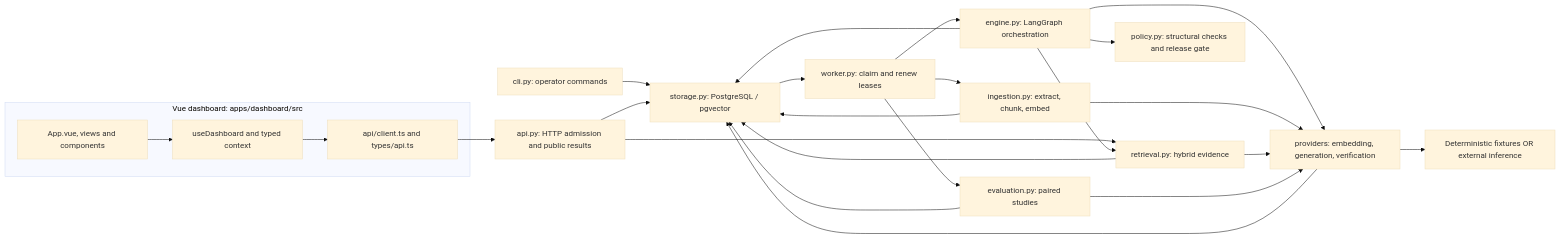
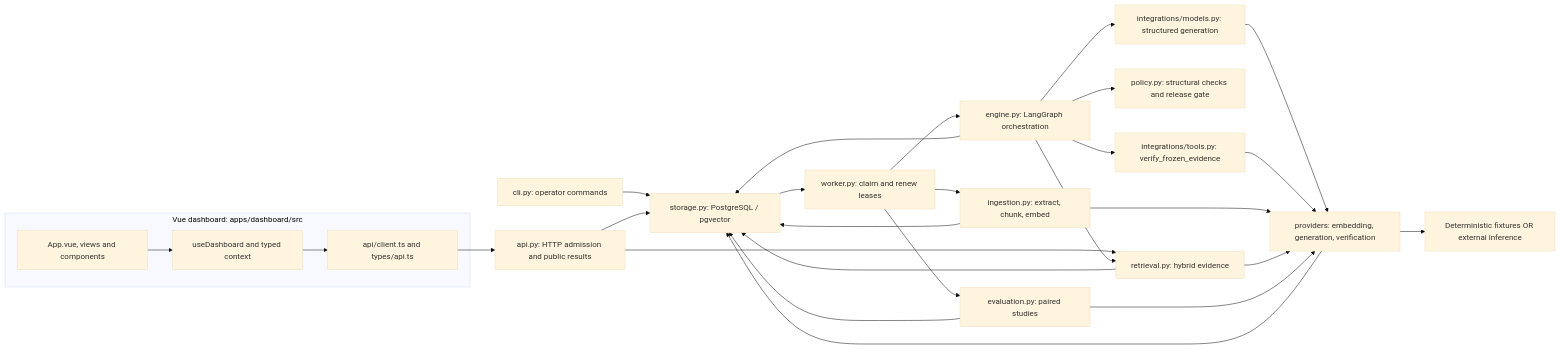
Before and after one commit to mhosseinab/evidence-lab: the first of 6 diagrams in README.md, drawn with Mermaid (base theme). The commit also changed other lines of this file and 3 other files, not shown here.

````diff
--- a/README.md
+++ b/README.md
@@ -84,27 +84,30 @@
 ```mermaid
 flowchart LR
   subgraph Dashboard["Vue dashboard: apps/dashboard/src"]
     Views["App.vue, views and components"] --> State["useDashboard and typed context"]
     State --> Client["api/client.ts and types/api.ts"]
   end
   Client --> API["api.py: HTTP admission and public results"]
   CLI["cli.py: operator commands"] --> Store["storage.py: PostgreSQL / pgvector"]
   API --> Store
   API --> Retrieval["retrieval.py: hybrid evidence"]
   Store --> Worker["worker.py: claim and renew leases"]
   Worker --> Ingestion["ingestion.py: extract, chunk, embed"]
   Worker --> Engine["engine.py: LangGraph orchestration"]
   Worker --> Eval["evaluation.py: paired studies"]
   Engine --> Retrieval
   Engine --> Policy["policy.py: structural checks and release gate"]
-  Engine --> Hub["providers: embedding, generation, verification"]
+  Engine --> Models["integrations/models.py: structured generation"]
+  Engine --> VerifyTool["integrations/tools.py: verify_frozen_evidence"]
+  Models --> Hub["providers: embedding, generation, verification"]
+  VerifyTool --> Hub
   Ingestion --> Hub
   Retrieval --> Hub
   Eval --> Hub
   Ingestion --> Store
   Retrieval --> Store
   Engine --> Store
   Eval --> Store
   Hub --> Store
   Hub --> Inference["Deterministic fixtures OR external inference"]
 ```
````
